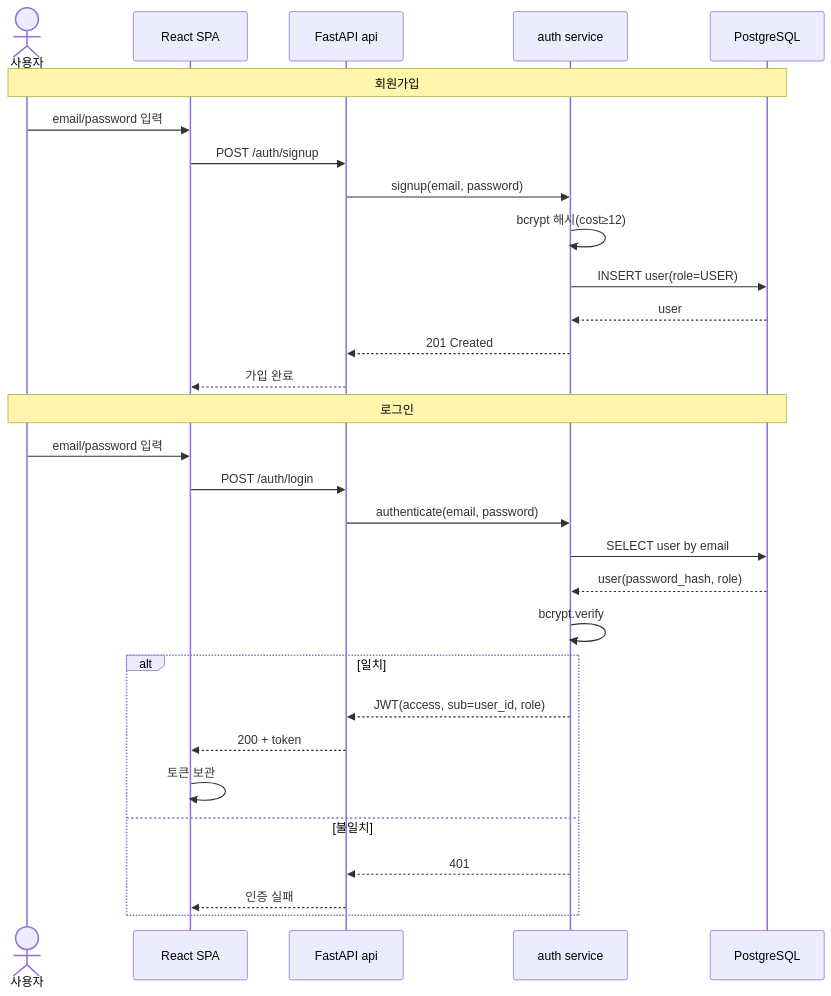
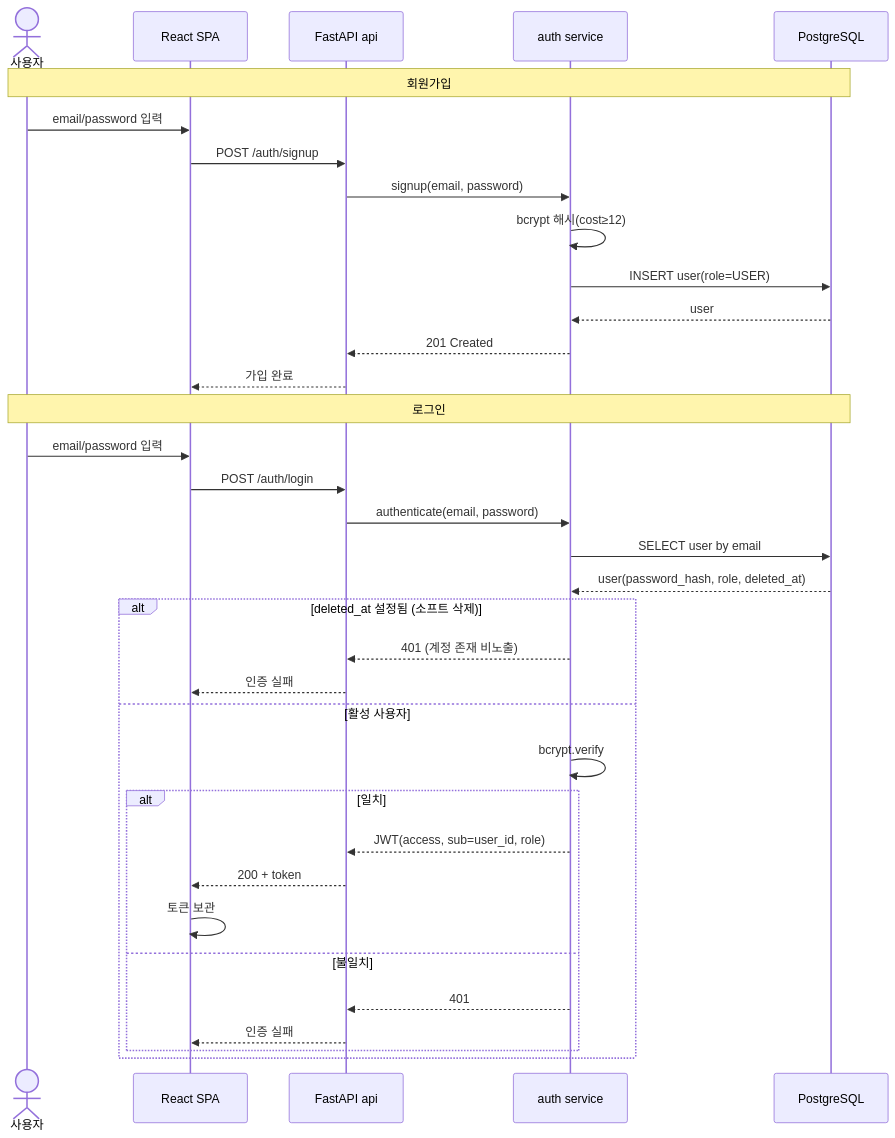
One commit to dalli/boards changed the diagram in docs/architecture/sequences/auth.md. Above: the diagram before and after it, drawn with Mermaid. The commit also changed 6 other files, not shown here.

````diff
--- a/docs/architecture/sequences/auth.md
+++ b/docs/architecture/sequences/auth.md
@@ -3,34 +3,39 @@
 ```mermaid
 sequenceDiagram
   actor U as 사용자
   participant SPA as React SPA
   participant API as FastAPI api
   participant SVC as auth service
   participant DB as PostgreSQL
 
   Note over U,DB: 회원가입
   U->>SPA: email/password 입력
   SPA->>API: POST /auth/signup
   API->>SVC: signup(email, password)
   SVC->>SVC: bcrypt 해시(cost≥12)
   SVC->>DB: INSERT user(role=USER)
   DB-->>SVC: user
   SVC-->>API: 201 Created
   API-->>SPA: 가입 완료
 
   Note over U,DB: 로그인
   U->>SPA: email/password 입력
   SPA->>API: POST /auth/login
   API->>SVC: authenticate(email, password)
   SVC->>DB: SELECT user by email
-  DB-->>SVC: user(password_hash, role)
-  SVC->>SVC: bcrypt.verify
-  alt 일치
-    SVC-->>API: JWT(access, sub=user_id, role)
-    API-->>SPA: 200 + token
-    SPA->>SPA: 토큰 보관
-  else 불일치
-    SVC-->>API: 401
+  DB-->>SVC: user(password_hash, role, deleted_at)
+  alt deleted_at 설정됨 (소프트 삭제)
+    SVC-->>API: 401 (계정 존재 비노출)
     API-->>SPA: 인증 실패
+  else 활성 사용자
+    SVC->>SVC: bcrypt.verify
+    alt 일치
+      SVC-->>API: JWT(access, sub=user_id, role)
+      API-->>SPA: 200 + token
+      SPA->>SPA: 토큰 보관
+    else 불일치
+      SVC-->>API: 401
+      API-->>SPA: 인증 실패
+    end
   end
 ```
````
